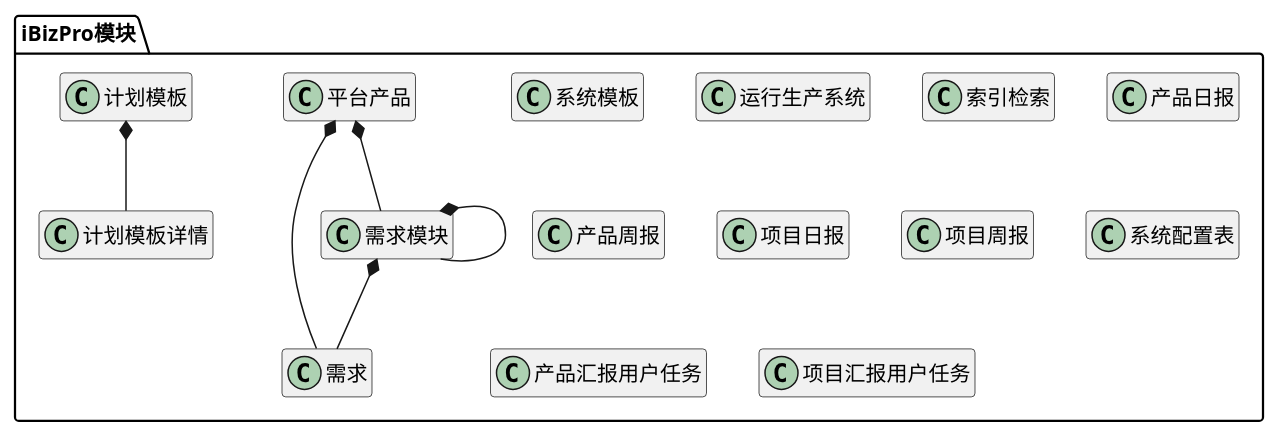
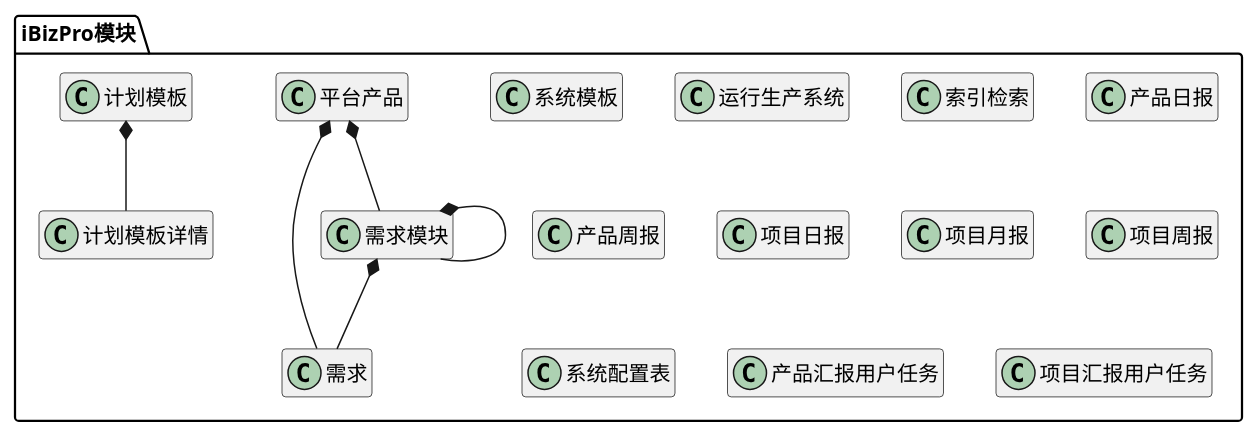
One commit to zj335841911/nt_chandao changed the diagram in ibizpms-docs/src/main/doc/v1/module/ibizpro.md. Above: the diagram before and after it, drawn with PlantUML. The commit also changed other lines of this file and 67 other files, not shown here.

```diff
--- a/ibizpms-docs/src/main/doc/v1/module/ibizpro.md
+++ b/ibizpms-docs/src/main/doc/v1/module/ibizpro.md
@@ -6,71 +6,74 @@
 {% plantuml %}
 
 package iBizPro模块 {
 
 class 平台产品 {
 }
 
 class 需求 {
 }
 
 class 需求模块 {
 }
 
 class 系统模板 {
 }
 
 class 运行生产系统 {
 }
 
 class 索引检索 {
 }
 
 class 产品日报 {
 }
 
 class 产品周报 {
 }
 
 class 项目日报 {
+}
+
+class 项目月报 {
 }
 
 class 项目周报 {
 }
 
 class 计划模板 {
 }
 
 class 计划模板详情 {
 }
 
 class 系统配置表 {
 }
 
 class 产品汇报用户任务 {
 }
 
 class 项目汇报用户任务 {
 }
 
 
 平台产品 *-- 需求模块 
 
 
 需求模块 *-- 需求模块 
 
 
 平台产品 *-- 需求 
 
 
 需求模块 *-- 需求 
 
 
 计划模板 *-- 计划模板详情 
 
 
 
 }
 
 hide members
 
 {% endplantuml %}
```
